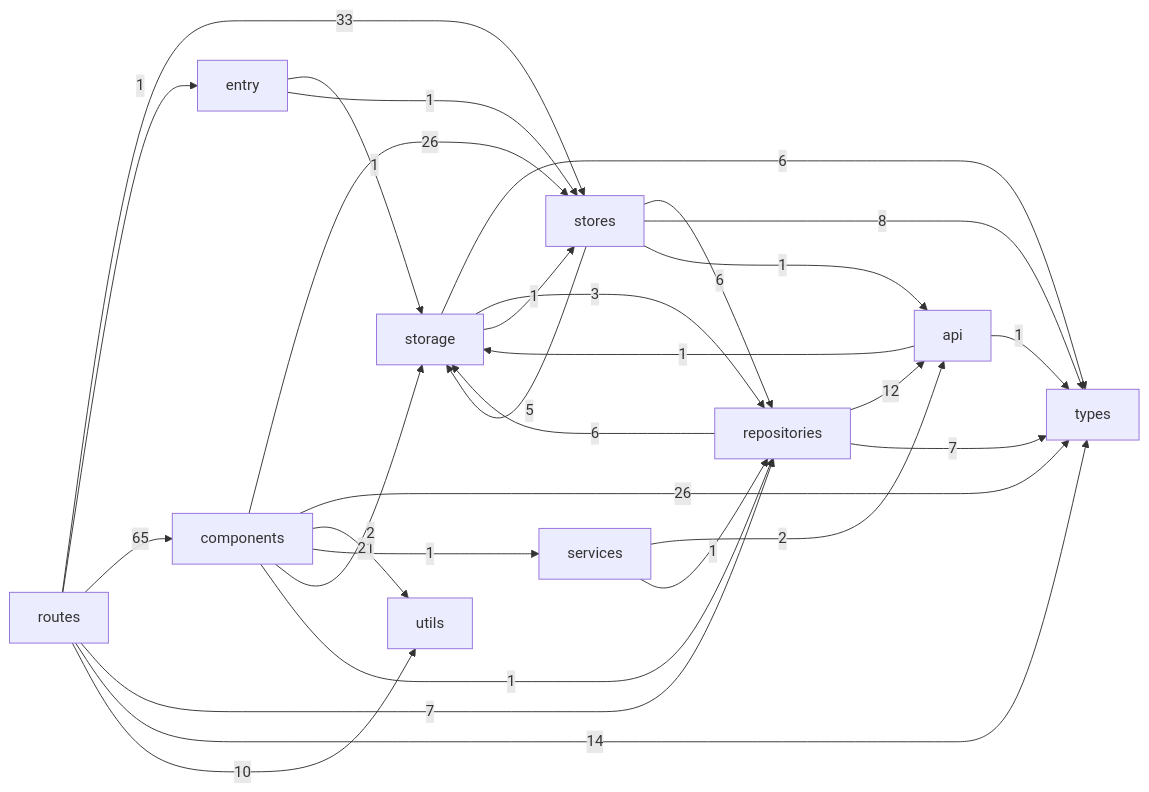
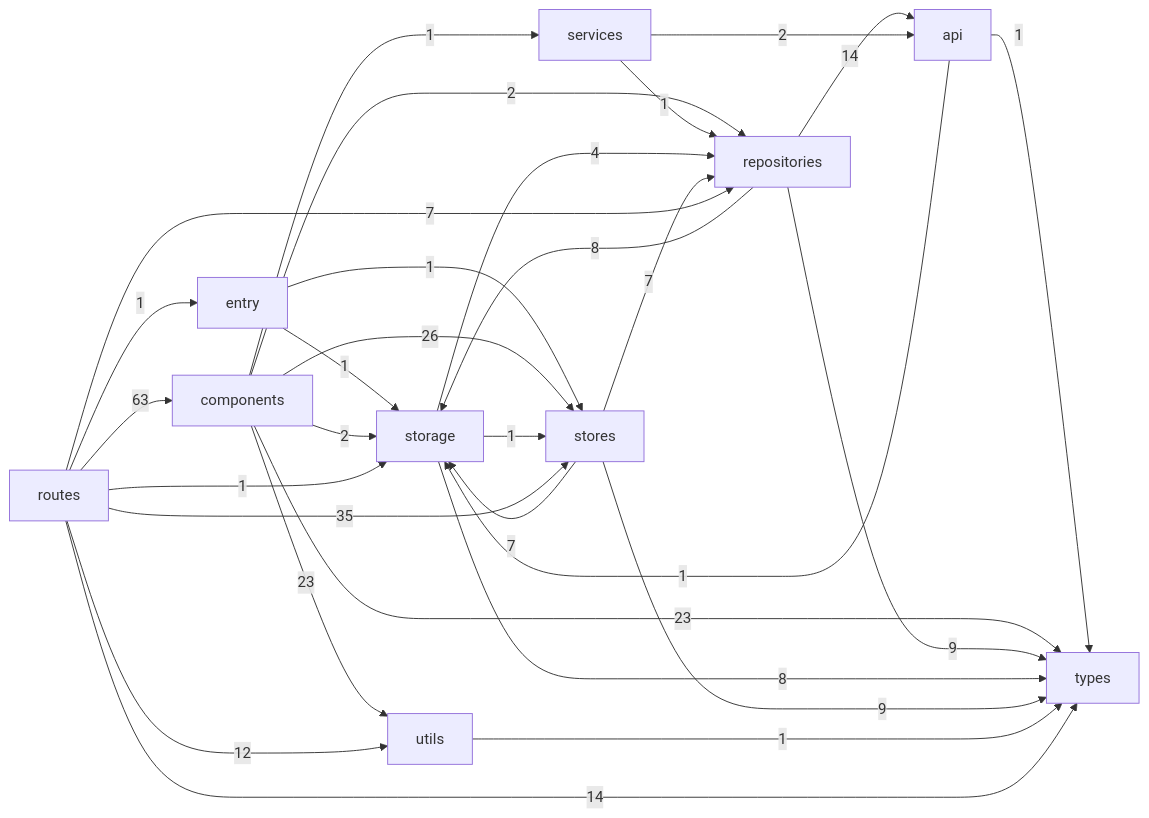
One commit to surajfale/notes-tasks changed the second of 2 diagrams in docs/CODEBASE_GRAPH.md. Above: the diagram before and after it, drawn with Mermaid. The commit also changed other lines of this file and 25 other files, not shown here.

````diff
--- a/docs/CODEBASE_GRAPH.md
+++ b/docs/CODEBASE_GRAPH.md
@@ -49,31 +54,32 @@
 ```mermaid
 flowchart LR
     entry["entry"] -->|1| storage["storage"]
     entry["entry"] -->|1| stores["stores"]
     api["api"] -->|1| storage["storage"]
     api["api"] -->|1| types["types"]
     components["components"] -->|26| stores["stores"]
-    components["components"] -->|26| types["types"]
-    components["components"] -->|21| utils["utils"]
+    components["components"] -->|23| types["types"]
+    components["components"] -->|23| utils["utils"]
+    components["components"] -->|2| repositories["repositories"]
     components["components"] -->|1| services["services"]
     components["components"] -->|2| storage["storage"]
-    components["components"] -->|1| repositories["repositories"]
-    repositories["repositories"] -->|12| api["api"]
-    repositories["repositories"] -->|7| types["types"]
-    repositories["repositories"] -->|6| storage["storage"]
+    repositories["repositories"] -->|14| api["api"]
+    repositories["repositories"] -->|9| types["types"]
+    repositories["repositories"] -->|8| storage["storage"]
     services["services"] -->|2| api["api"]
     services["services"] -->|1| repositories["repositories"]
-    storage["storage"] -->|6| types["types"]
-    storage["storage"] -->|3| repositories["repositories"]
+    storage["storage"] -->|8| types["types"]
+    storage["storage"] -->|4| repositories["repositories"]
     storage["storage"] -->|1| stores["stores"]
-    stores["stores"] -->|6| repositories["repositories"]
-    stores["stores"] -->|5| storage["storage"]
-    stores["stores"] -->|8| types["types"]
-    stores["stores"] -->|1| api["api"]
-    routes["routes"] -->|33| stores["stores"]
+    stores["stores"] -->|7| repositories["repositories"]
+    stores["stores"] -->|7| storage["storage"]
+    stores["stores"] -->|9| types["types"]
+    utils["utils"] -->|1| types["types"]
+    routes["routes"] -->|35| stores["stores"]
     routes["routes"] -->|1| entry["entry"]
-    routes["routes"] -->|65| components["components"]
+    routes["routes"] -->|63| components["components"]
     routes["routes"] -->|7| repositories["repositories"]
     routes["routes"] -->|14| types["types"]
-    routes["routes"] -->|10| utils["utils"]
+    routes["routes"] -->|12| utils["utils"]
+    routes["routes"] -->|1| storage["storage"]
 ```
````
